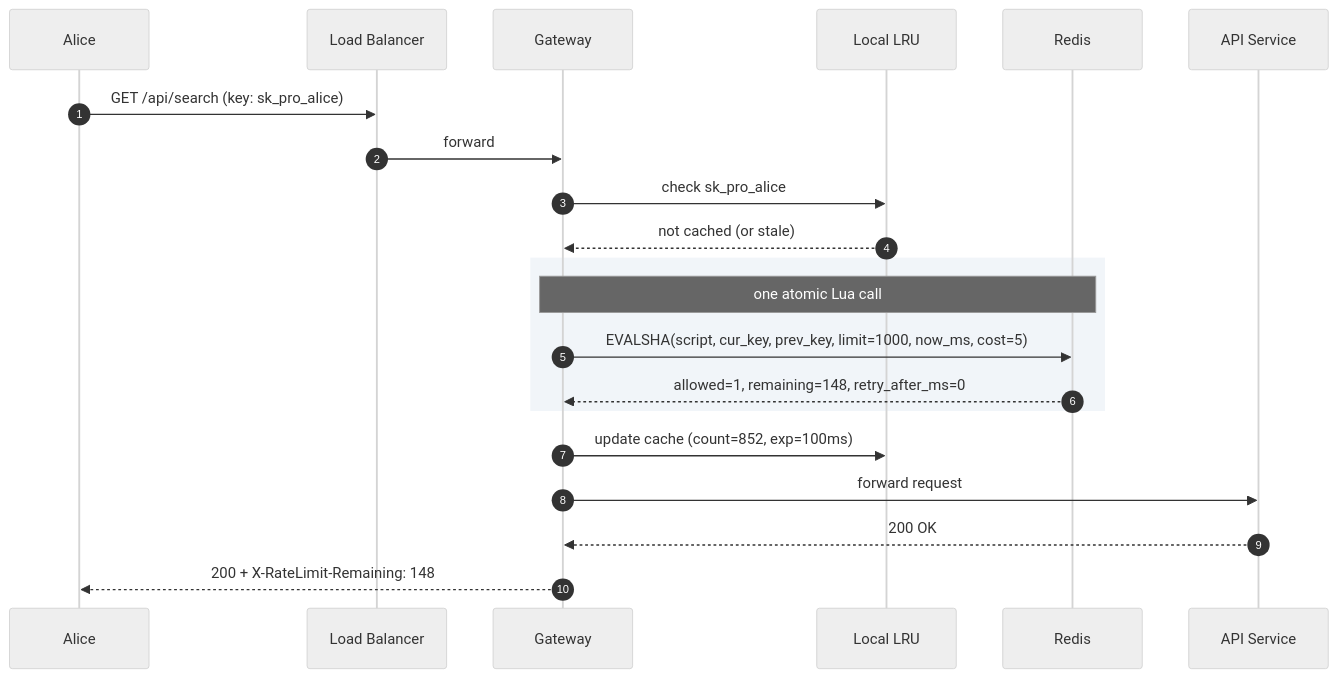
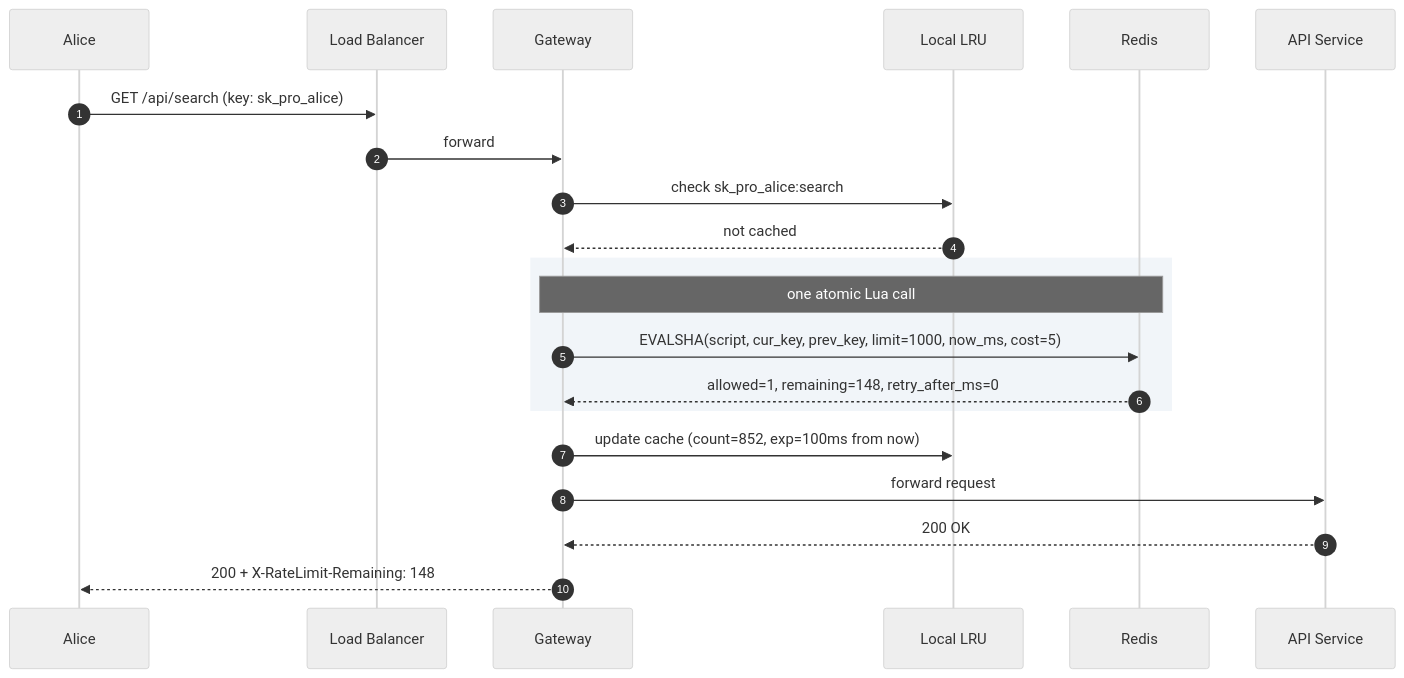
Before and after one commit to shiningflash/system-design: the tenth of 12 diagrams in problems/004-rate-limiter/question.md, drawn with Mermaid (neutral theme). The commit also changed other lines of this file and 37 other files, not shown here.

````diff
--- a/problems/004-rate-limiter/question.md
+++ b/problems/004-rate-limiter/question.md
@@ -321,27 +390,27 @@
 ```mermaid
 sequenceDiagram
     autonumber
     participant Alice
     participant LB as Load Balancer
     participant GW as Gateway
     participant LRU as Local LRU
     participant R as Redis
     participant API as API Service
 
     Alice->>LB: GET /api/search (key: sk_pro_alice)
     LB->>GW: forward
 
-    GW->>LRU: check sk_pro_alice
-    LRU-->>GW: not cached (or stale)
+    GW->>LRU: check sk_pro_alice:search
+    LRU-->>GW: not cached
 
     rect rgb(241, 245, 249)
         Note over GW,R: one atomic Lua call
         GW->>R: EVALSHA(script, cur_key, prev_key, limit=1000, now_ms, cost=5)
         R-->>GW: allowed=1, remaining=148, retry_after_ms=0
     end
 
-    GW->>LRU: update cache (count=852, exp=100ms)
+    GW->>LRU: update cache (count=852, exp=100ms from now)
     GW->>API: forward request
     API-->>GW: 200 OK
     GW-->>Alice: 200 + X-RateLimit-Remaining: 148
 ```
````
